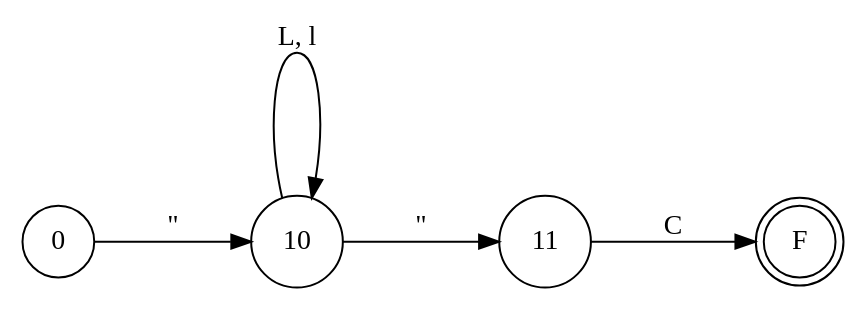
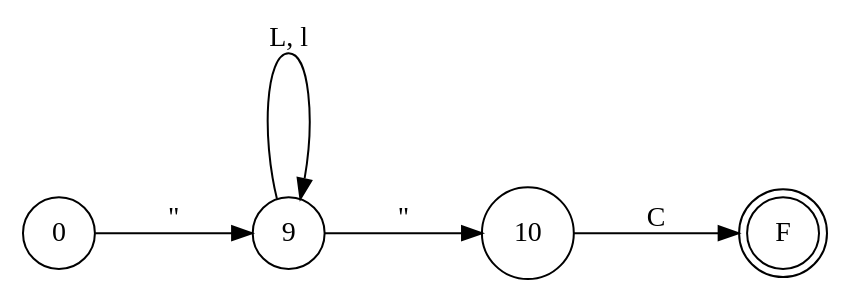
Before and after one commit to iroumec/RouVel-Compiler: the diagram in resources/FA/FADiagrams/strings.dot, drawn with Graphviz. The commit also changed 12 other files, not shown here.

```diff
--- a/resources/FA/FADiagrams/strings.dot
+++ b/resources/FA/FADiagrams/strings.dot
@@ -1,19 +1,19 @@
 digraph DFA {
     // Layout más libre y cuadrado
     splines = true;
     overlap = false;
     nodesep = 1;
     ranksep = 1;
     rankdir = LR;
     
     // Estados normales.
     node [shape = circle;];
     
     // Estado de aceptación.
     F [shape = doublecircle;];
     
-    0 -> 10 [label = "\"";];
-    10 -> 10 [label = "L, l";];
-    10 -> 11 [label = "\"";];
-    11 -> F [label = "C";];
+    0 -> 9 [label = "\"";];
+    9 -> 9 [label = "L, l";];
+    9 -> 10 [label = "\"";];
+    10 -> F [label = "C";];
 }
```
